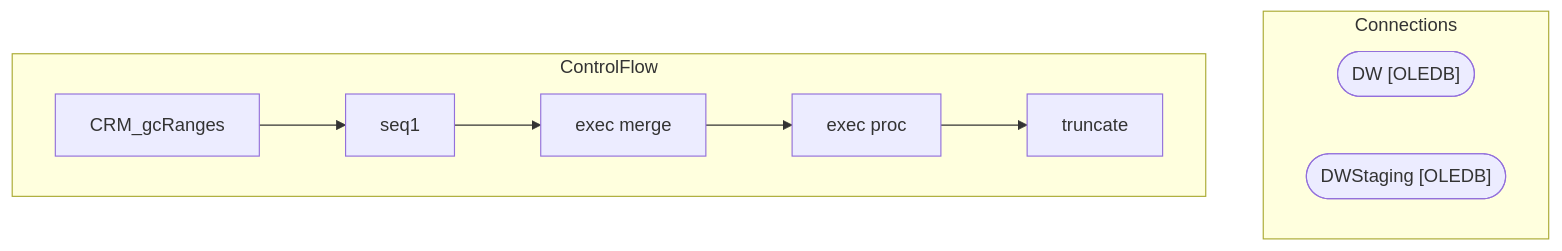
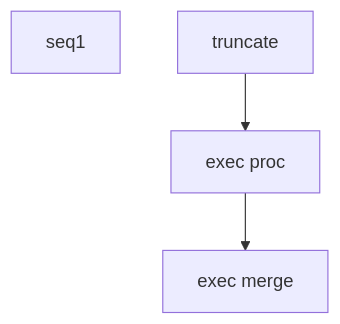
Before and after one commit to juanandresbrain/BABSkills: the diagram in bab-docs-explorer/Documentation/STL-SSIS-P-01/SSIS/CRM/CRM_gcRanges.CRM_gcRanges.md, drawn with Mermaid. The commit also changed other lines of this file and 273 other files, not shown here.

````diff
--- a/bab-docs-explorer/Documentation/STL-SSIS-P-01/SSIS/CRM/CRM_gcRanges.CRM_gcRanges.md
+++ b/bab-docs-explorer/Documentation/STL-SSIS-P-01/SSIS/CRM/CRM_gcRanges.CRM_gcRanges.md
@@ -9,18 +35,9 @@
 ```mermaid
 flowchart TD
-    subgraph Connections
-        DW_conn(["DW [OLEDB]"])
-        DWStaging_conn(["DWStaging [OLEDB]"])
-    end
-    subgraph ControlFlow
-        CRM_gcRanges_task["CRM_gcRanges"]
-        seq1_task["seq1"]
-        CRM_gcRanges_task --> seq1_task
-        exec_merge_task["exec merge"]
-        seq1_task --> exec_merge_task
-        exec_proc_task["exec proc"]
-        exec_merge_task --> exec_proc_task
-        truncate_task["truncate"]
-        exec_proc_task --> truncate_task
-    end
+    n_Package_seq1["seq1"]
+    n_Package_seq1_exec_merge["exec merge"]
+    n_Package_seq1_exec_proc["exec proc"]
+    n_Package_seq1_truncate["truncate"]
+    n_Package_seq1_truncate --> n_Package_seq1_exec_proc
+    n_Package_seq1_exec_proc --> n_Package_seq1_exec_merge
 ```
````
